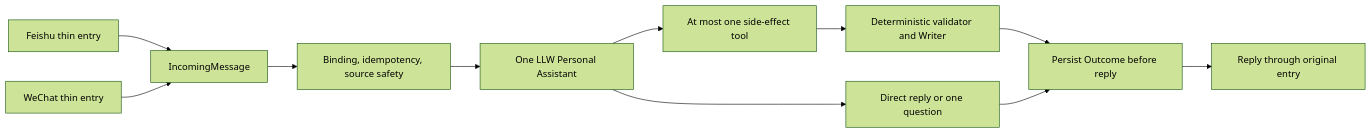
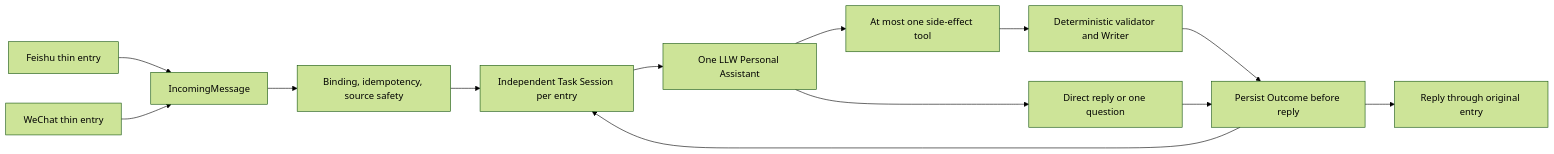
One commit to ccrt26/llw-feishu-daily-work changed the diagram in README.md. Above: the diagram before and after it, drawn with Mermaid (forest theme). The commit also changed other lines of this file and 2 other files, not shown here.

````diff
--- a/README.md
+++ b/README.md
@@ -25,13 +28,15 @@
 ```mermaid
 flowchart LR
   F["Feishu thin entry"] --> I["IncomingMessage"]
   W["WeChat thin entry"] --> I
   I --> S["Binding, idempotency, source safety"]
-  S --> A["One LLW Personal Assistant"]
+  S --> TS["Independent Task Session per entry"]
+  TS --> A["One LLW Personal Assistant"]
   A --> R["Direct reply or one question"]
   A --> T["At most one side-effect tool"]
   T --> X["Deterministic validator and Writer"]
   X --> O["Persist Outcome before reply"]
   R --> O
+  O --> TS
   O --> P["Reply through original entry"]
 ```
````
